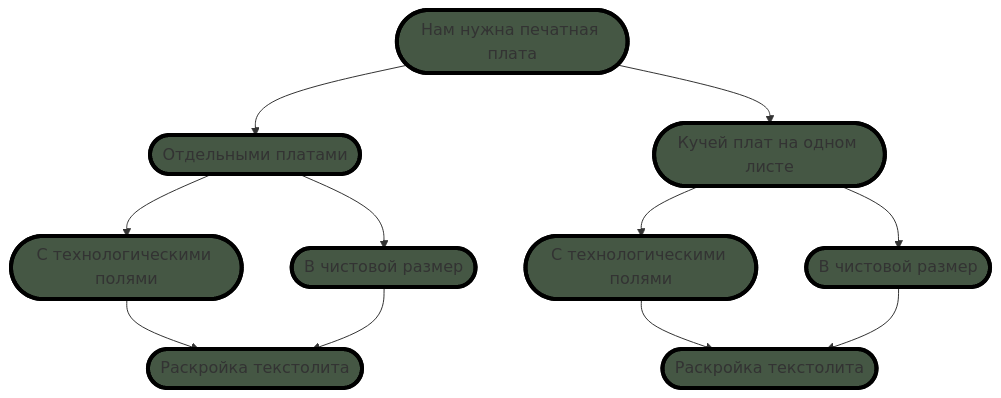
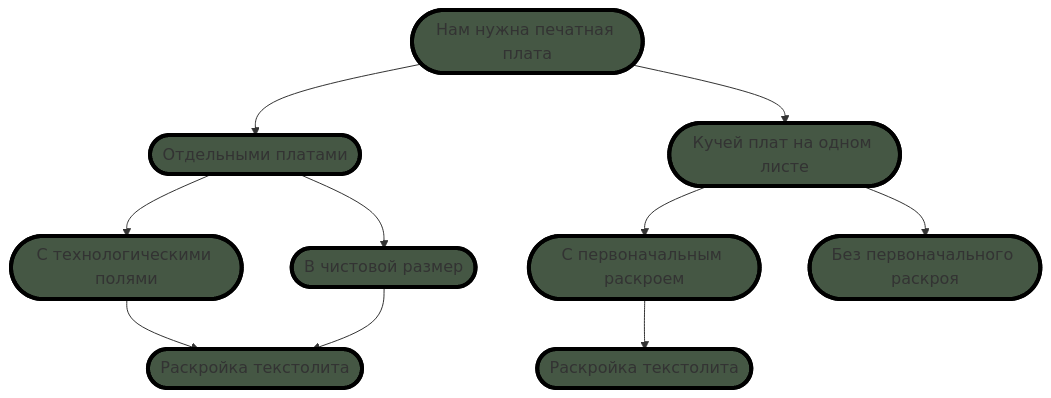
The diagram in README.md (ufrs12/OLTA-RU), drawn with Mermaid before and after one commit.

````diff
--- a/README.md
+++ b/README.md
@@ -8,25 +8,24 @@
 ```mermaid
 graph TD;
 classDef class1 fill:#455744, stroke:#000, stroke-width:4px
     Z([Нам нужна печатная плата]):::class1
     A([Отдельными платами]):::class1
     B([Кучей плат на одном листе]):::class1
     C([С технологическими полями]):::class1
     D([В чистовой размер]):::class1
-    E([С технологическими полями]):::class1
-    F([В чистовой размер]):::class1
+    E([С первоначальным раскроем]):::class1
+    F([Без первоначального раскроя]):::class1
     G([Раскройка текстолита]):::class1
     H([Раскройка текстолита]):::class1
     Z-->A;
     Z-->B;
 
     A-->C;
     A-->D;
     C-->G;
     D-->G;
 
     B-->E;
     B-->F;
     E-->H;
-    F-->H;
 ```
````
